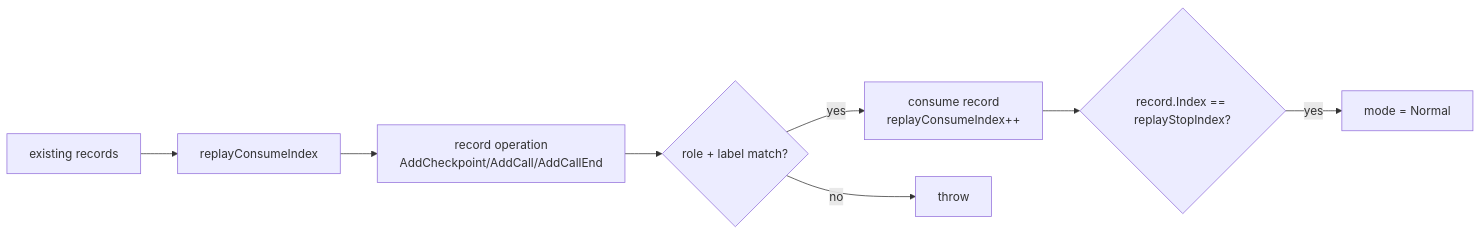
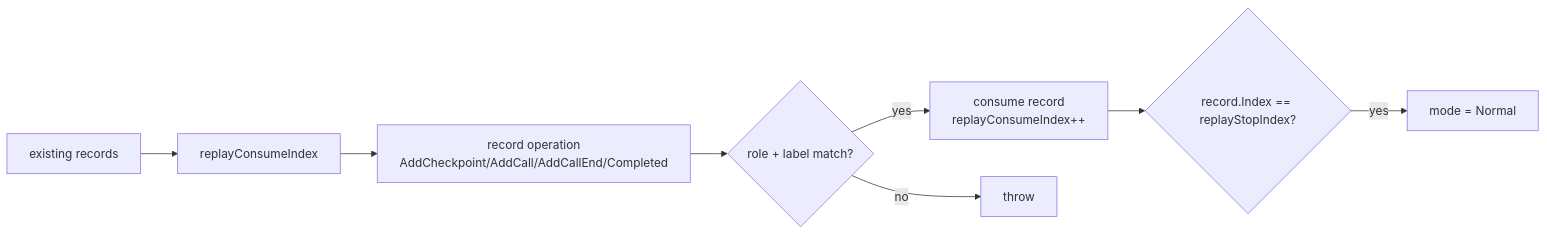
One commit to akeit0/AsyncPlayback changed the seventh of 8 diagrams in docs/minimum-playback-algorithm.md. Above: the diagram before and after it, drawn with Mermaid. The commit also changed other lines of this file and 3 other files, not shown here.

Commit message:
Completed record

````diff
--- a/docs/minimum-playback-algorithm.md
+++ b/docs/minimum-playback-algorithm.md
@@ -856,16 +802,16 @@
 ```mermaid
 flowchart LR
     Existing["existing records"]
     ReplayIndex["replayConsumeIndex"]
-    Operation["record operation<br/>AddCheckpoint/AddCall/AddCallEnd"]
+    Operation["record operation<br/>AddCheckpoint/AddCall/AddCallEnd/Completed"]
     Match{"role + label match?"}
     Consume["consume record<br/>replayConsumeIndex++"]
     Error["throw"]
     Done{"record.Index == replayStopIndex?"}
     Normal["mode = Normal"]
 
     Existing --> ReplayIndex --> Operation --> Match
     Match -- no --> Error
     Match -- yes --> Consume --> Done
     Done -- yes --> Normal
 ```
````
